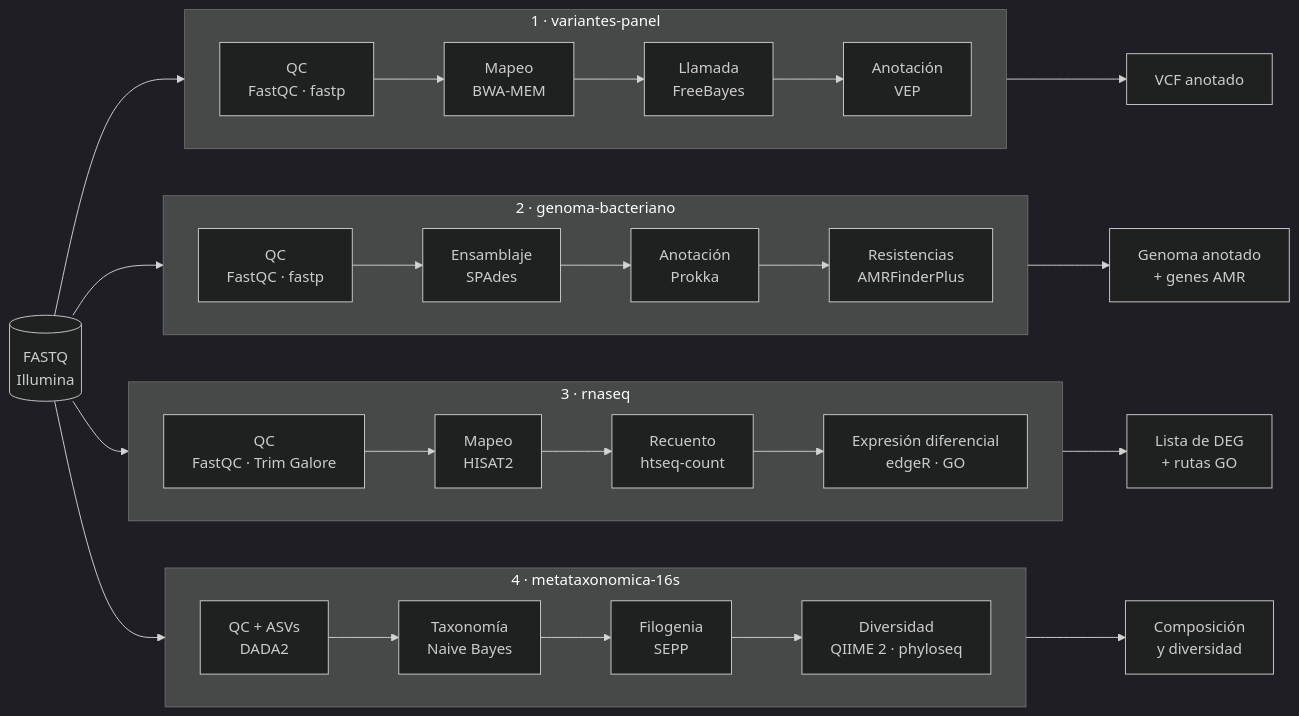
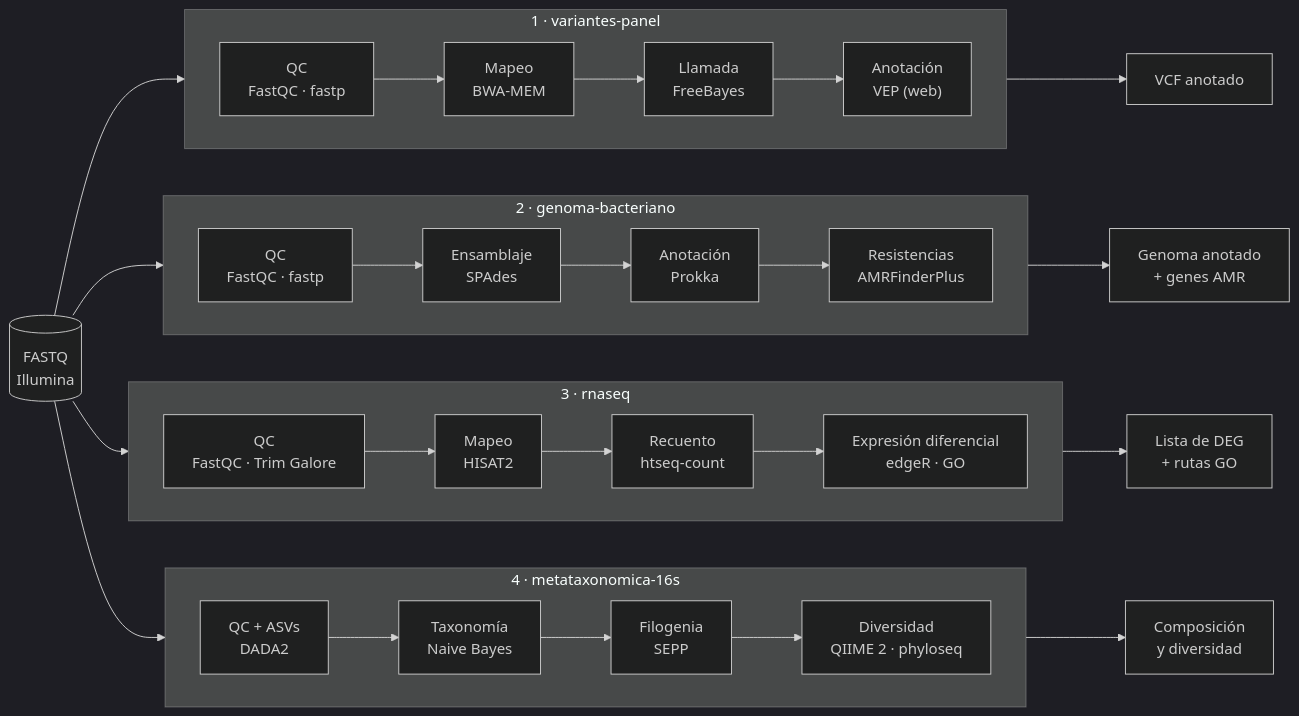
Before and after one commit to AndoniM12/ngs-pipelines: the first of 9 diagrams in README.md, drawn with Mermaid (dark theme). The commit also changed other lines of this file and 6 other files, not shown here.

First line of the commit message:
VEP en la web y registro nuevo en cada ejecución

````diff
--- a/README.md
+++ b/README.md
@@ -33,30 +33,30 @@
 ```mermaid
 flowchart LR
     FQ[("FASTQ<br/>Illumina")]
 
     subgraph V["1 · variantes-panel"]
         direction LR
-        v1["QC<br/>FastQC · fastp"] --> v2["Mapeo<br/>BWA-MEM"] --> v3["Llamada<br/>FreeBayes"] --> v4["Anotación<br/>VEP"]
+        v1["QC<br/>FastQC · fastp"] --> v2["Mapeo<br/>BWA-MEM"] --> v3["Llamada<br/>FreeBayes"] --> v4["Anotación<br/>VEP (web)"]
     end
 
     subgraph G["2 · genoma-bacteriano"]
         direction LR
         g1["QC<br/>FastQC · fastp"] --> g2["Ensamblaje<br/>SPAdes"] --> g3["Anotación<br/>Prokka"] --> g4["Resistencias<br/>AMRFinderPlus"]
     end
 
     subgraph R["3 · rnaseq"]
         direction LR
         r1["QC<br/>FastQC · Trim Galore"] --> r2["Mapeo<br/>HISAT2"] --> r3["Recuento<br/>htseq-count"] --> r4["Expresión diferencial<br/>edgeR · GO"]
     end
 
     subgraph M["4 · metataxonomica-16s"]
         direction LR
         m1["QC + ASVs<br/>DADA2"] --> m2["Taxonomía<br/>Naive Bayes"] --> m3["Filogenia<br/>SEPP"] --> m4["Diversidad<br/>QIIME 2 · phyloseq"]
     end
 
     FQ --> V & G & R & M
     V --> oV["VCF anotado"]
     G --> oG["Genoma anotado<br/>+ genes AMR"]
     R --> oR["Lista de DEG<br/>+ rutas GO"]
     M --> oM["Composición<br/>y diversidad"]
 ```
````
